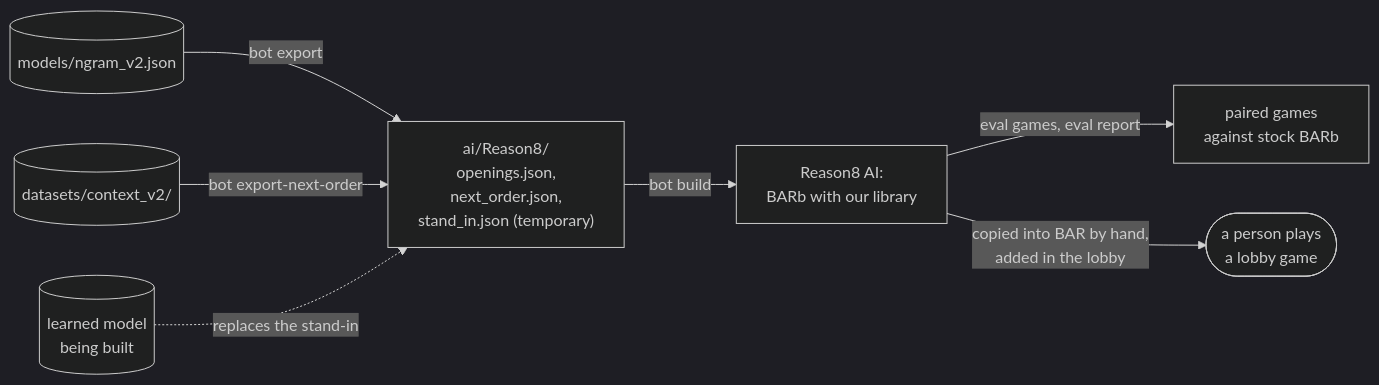
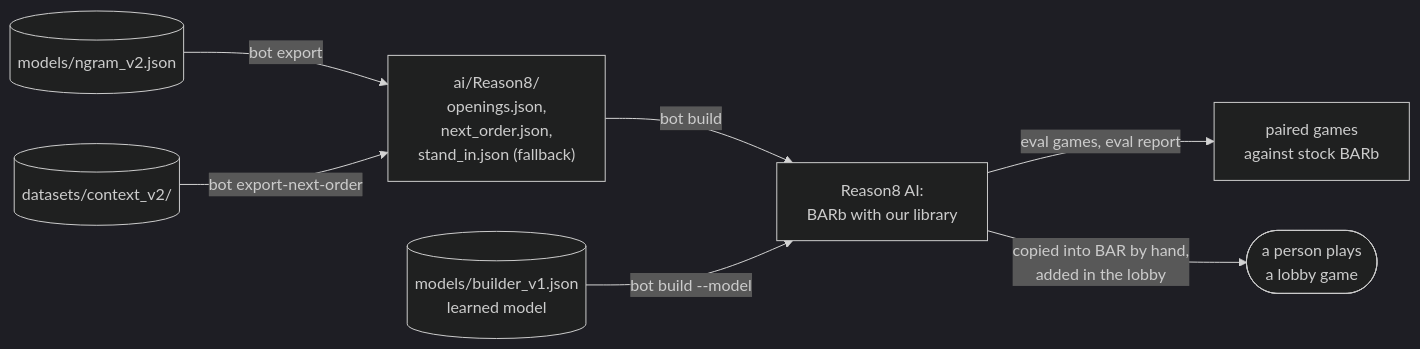
The second of 2 diagrams in README.md (nineinchnick/reason8), drawn with Mermaid (dark theme) before and after one commit. The commit also changed other lines of this file and 3 other files, not shown here.

First line of the commit message:
Document the learned builder model in the game

````diff
--- a/README.md
+++ b/README.md
@@ -194,17 +194,17 @@
 ```mermaid
 flowchart LR
     ngram[("models/ngram_v2.json")]
     context[("datasets/context_v2/")]
-    trees[("learned model<br/>being built")]
-    aidata["ai/Reason8/<br/>openings.json,<br/>next_order.json,<br/>stand_in.json (temporary)"]
+    trees[("models/builder_v1.json<br/>learned model")]
+    aidata["ai/Reason8/<br/>openings.json,<br/>next_order.json,<br/>stand_in.json (fallback)"]
     bot["Reason8 AI:<br/>BARb with our library"]
     games["paired games<br/>against stock BARb"]
     person(["a person plays<br/>a lobby game"])
 
     ngram -- "bot export" --> aidata
     context -- "bot export-next-order" --> aidata
-    trees -. "replaces the stand-in" .-> aidata
     aidata -- "bot build" --> bot
+    trees -- "bot build --model" --> bot
     bot -- "eval games, eval report" --> games
     bot -- "copied into BAR by hand,<br/>added in the lobby" --> person
 ```
````
